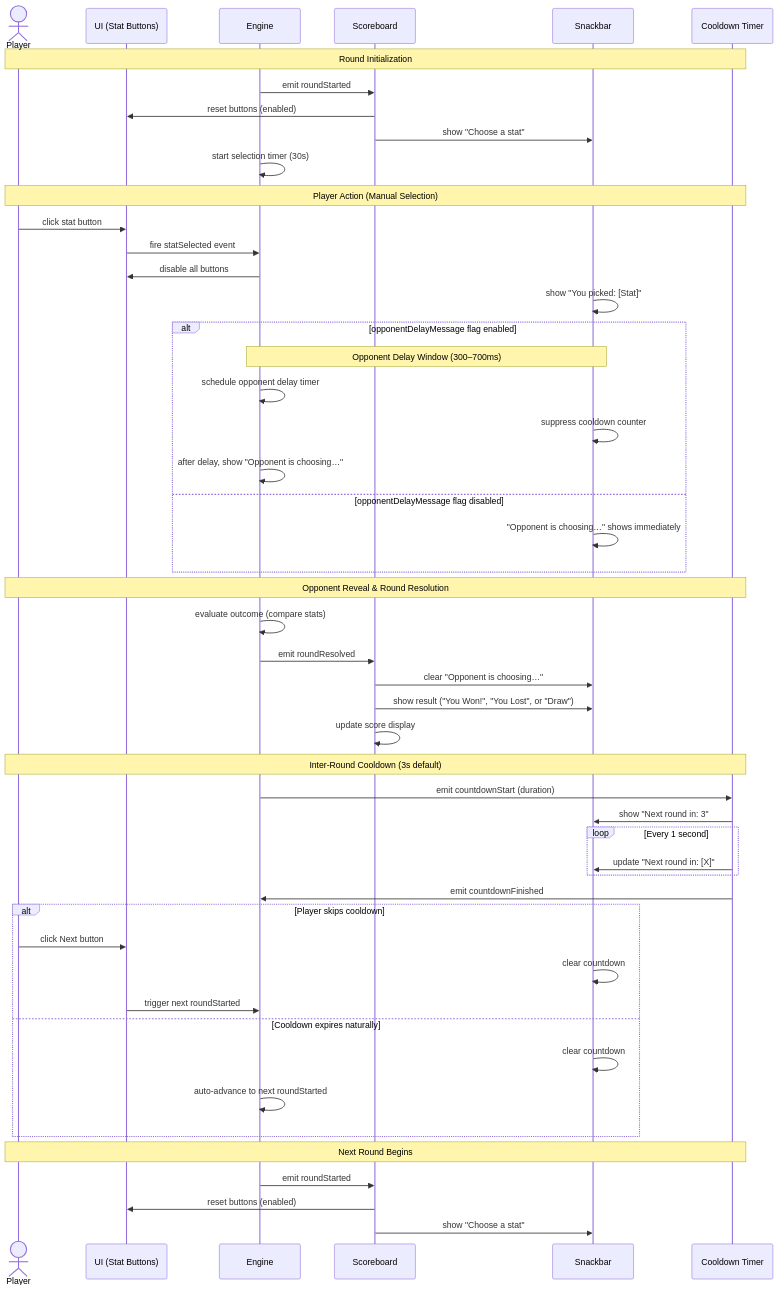
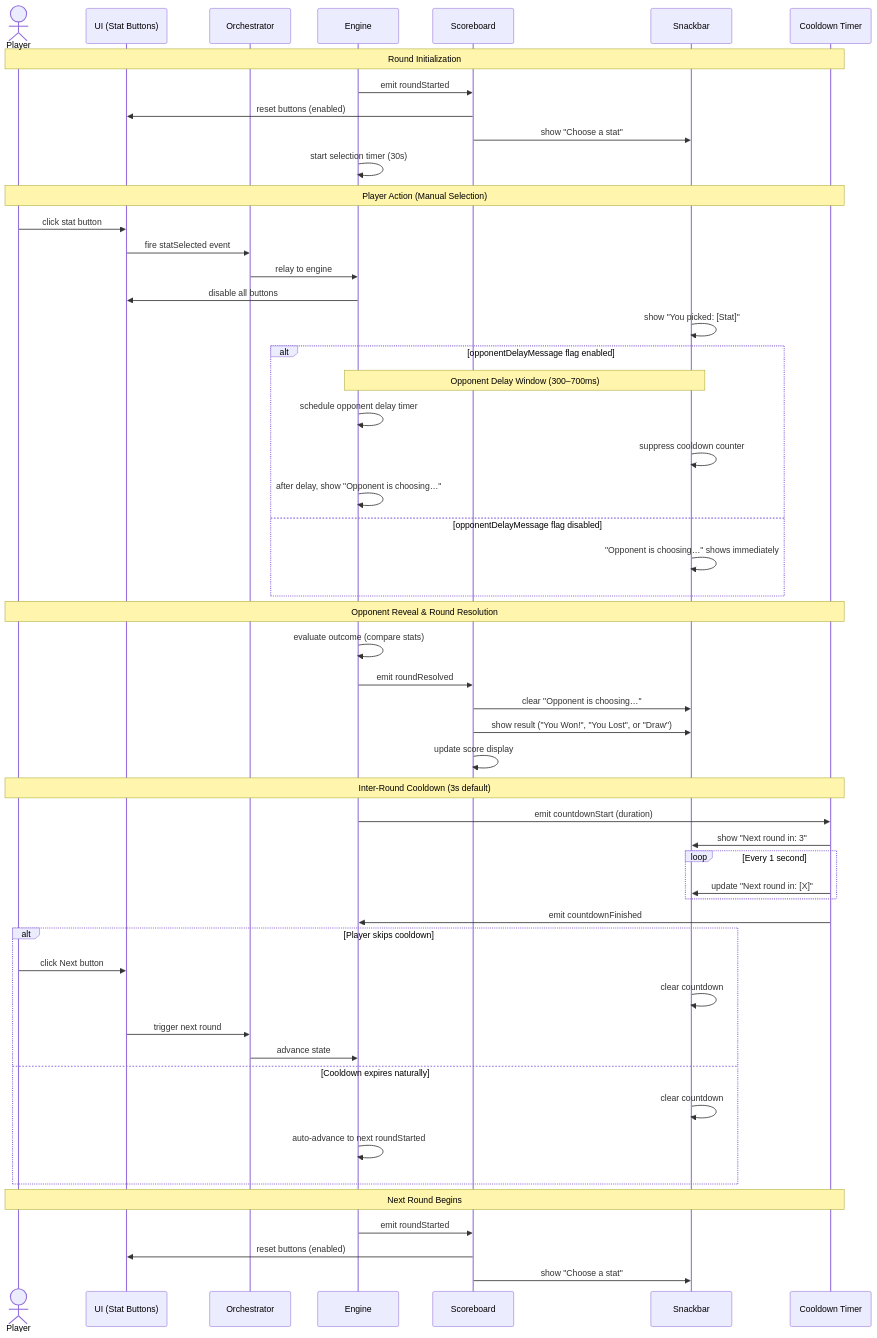
The diagram in design/productRequirementsDocuments/prdBattleClassic.md (CyanAutomation/judokon), drawn with Mermaid before and after one commit. The commit also changed other lines of this file and 2 other files, not shown here.

Commit message:
Enhance event handling documentation with comprehensive diagrams for event authority and propagation; clarify emitter-consumer flow and idempotency guard logic.

````diff
--- a/design/productRequirementsDocuments/prdBattleClassic.md
+++ b/design/productRequirementsDocuments/prdBattleClassic.md
@@ -103,58 +103,61 @@
 ```mermaid
 sequenceDiagram
   actor Player
   participant UI as UI (Stat Buttons)
+  participant Orch as Orchestrator
   participant Engine
   participant Scoreboard
   participant Snackbar
   participant Timer as Cooldown Timer
 
   Note over Player,Timer: Round Initialization
   Engine->>Scoreboard: emit roundStarted
   Scoreboard->>UI: reset buttons (enabled)
   Scoreboard->>Snackbar: show "Choose a stat"
   Engine->>Engine: start selection timer (30s)
 
   Note over Player,Timer: Player Action (Manual Selection)
   Player->>UI: click stat button
-  UI->>Engine: fire statSelected event
+  UI->>Orch: fire statSelected event
+  Orch->>Engine: relay to engine
   Engine->>UI: disable all buttons
   Snackbar->>Snackbar: show "You picked: [Stat]"
 
   alt opponentDelayMessage flag enabled
     Note over Engine,Snackbar: Opponent Delay Window (300–700ms)
     Engine->>Engine: schedule opponent delay timer
     Snackbar->>Snackbar: suppress cooldown counter
     Engine->>Engine: after delay, show "Opponent is choosing…"
   else opponentDelayMessage flag disabled
     Snackbar->>Snackbar: "Opponent is choosing…" shows immediately
   end
 
   Note over Player,Timer: Opponent Reveal & Round Resolution
   Engine->>Engine: evaluate outcome (compare stats)
   Engine->>Scoreboard: emit roundResolved
   Scoreboard->>Snackbar: clear "Opponent is choosing…"
   Scoreboard->>Snackbar: show result ("You Won!", "You Lost", or "Draw")
   Scoreboard->>Scoreboard: update score display
 
   Note over Player,Timer: Inter-Round Cooldown (3s default)
   Engine->>Timer: emit countdownStart (duration)
   Timer->>Snackbar: show "Next round in: 3"
   loop Every 1 second
     Timer->>Snackbar: update "Next round in: [X]"
   end
   Timer->>Engine: emit countdownFinished
   alt Player skips cooldown
     Player->>UI: click Next button
     Snackbar->>Snackbar: clear countdown
-    UI->>Engine: trigger next roundStarted
+    UI->>Orch: trigger next round
+    Orch->>Engine: advance state
   else Cooldown expires naturally
     Snackbar->>Snackbar: clear countdown
     Engine->>Engine: auto-advance to next roundStarted
   end
 
   Note over Player,Timer: Next Round Begins
   Engine->>Scoreboard: emit roundStarted
   Scoreboard->>UI: reset buttons (enabled)
   Scoreboard->>Snackbar: show "Choose a stat"
 ```
````
